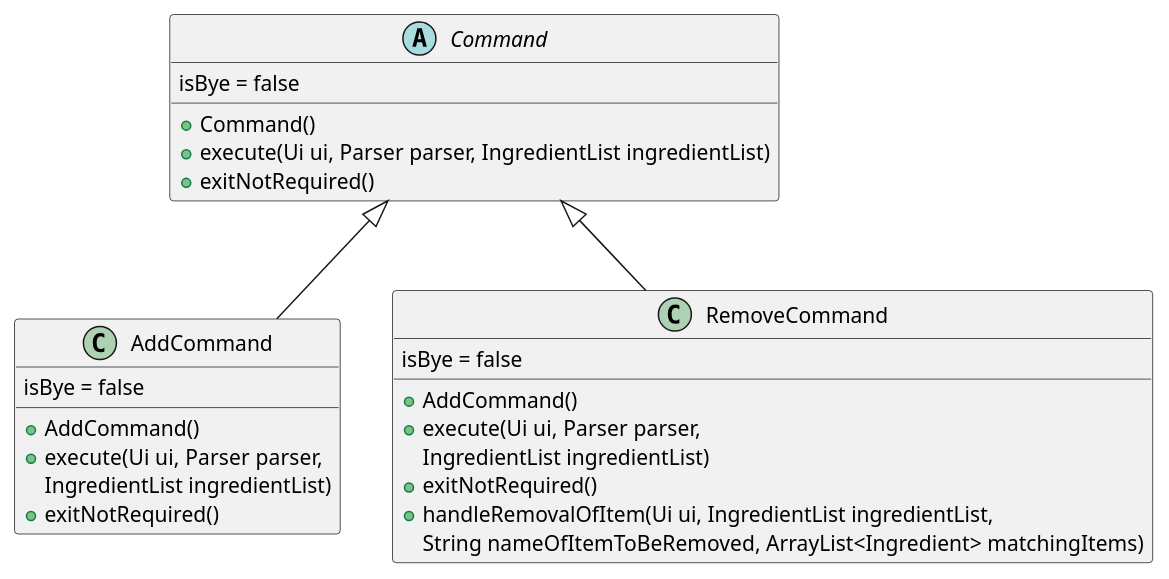
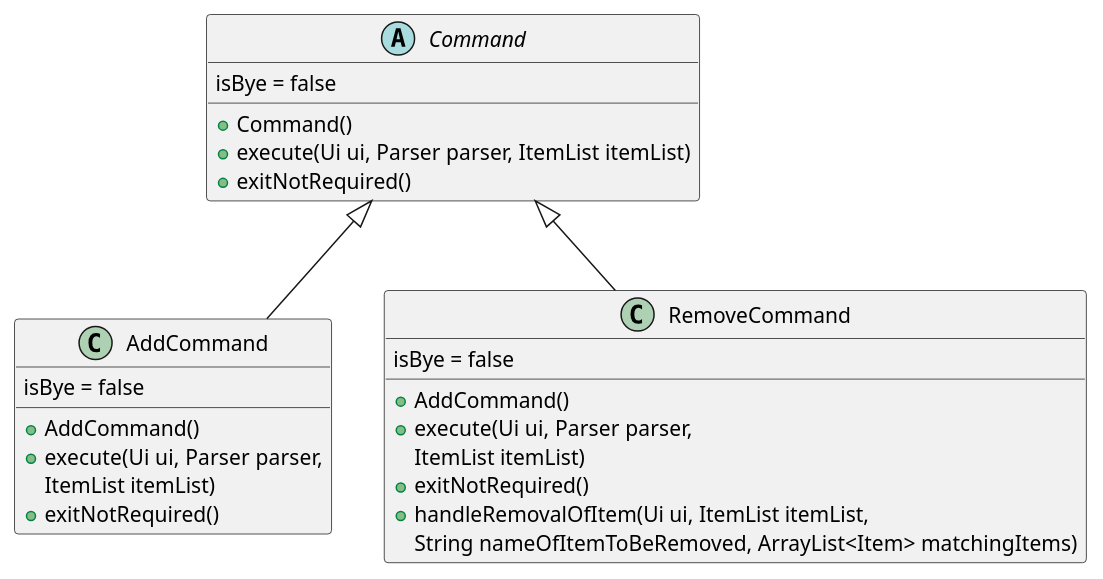
Before and after one commit to uosjapuelks/tp: the diagram in docs/umlDiagrams/AddAndRemoveCommand.puml, drawn with PlantUML. The commit also changed 40 other files, not shown here.

Commit message:
Standardized to use Item instead of Ingredient.

```diff
--- a/docs/umlDiagrams/AddAndRemoveCommand.puml
+++ b/docs/umlDiagrams/AddAndRemoveCommand.puml
@@ -1,36 +1,36 @@
 @startuml
 'https://plantuml.com/class-diagram
 
 abstract class Command
 class AddCommand
 class RemoveCommand
 
 Command <|-- AddCommand
 Command <|-- RemoveCommand
 
 class AddCommand {
 isBye = false
 +AddCommand()
 +execute(Ui ui, Parser parser,
-IngredientList ingredientList)
+ItemList itemList)
 +exitNotRequired()
 }
 
 class RemoveCommand {
 isBye = false
 +AddCommand()
 +execute(Ui ui, Parser parser,
-IngredientList ingredientList)
+ItemList itemList)
 +exitNotRequired()
-+handleRemovalOfItem(Ui ui, IngredientList ingredientList,
-String nameOfItemToBeRemoved, ArrayList<Ingredient> matchingItems)
++handleRemovalOfItem(Ui ui, ItemList itemList,
+String nameOfItemToBeRemoved, ArrayList<Item> matchingItems)
 }
 
 abstract class Command {
 isBye = false
 +Command()
-+execute(Ui ui, Parser parser, IngredientList ingredientList)
++execute(Ui ui, Parser parser, ItemList itemList)
 +exitNotRequired()
 }
 
 @enduml
```
